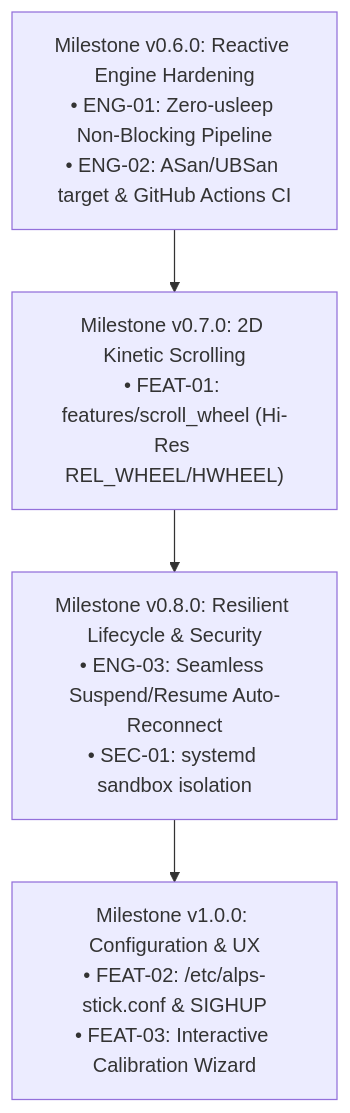
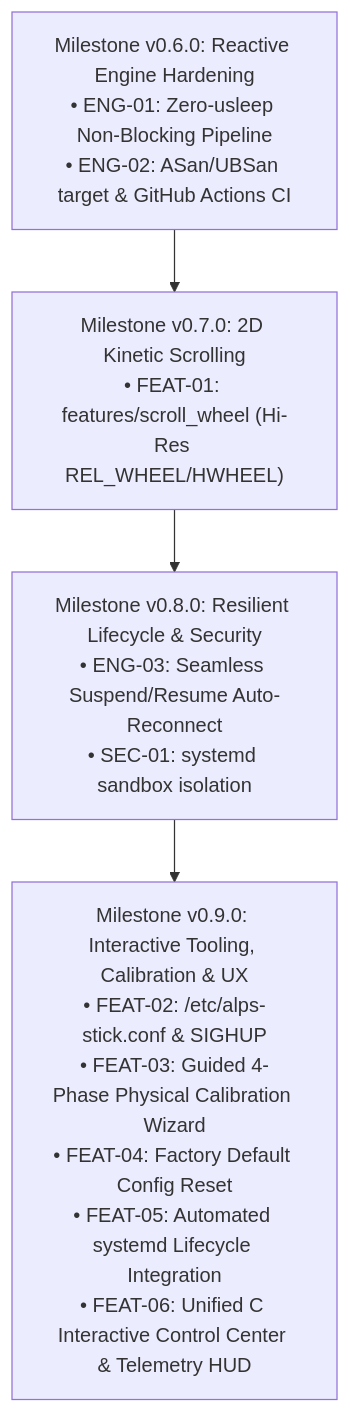
The diagram in docs/ROADMAP.md (pccria/alps-trackstick-daemon), drawn with Mermaid before and after one commit. The commit also changed other lines of this file, not shown here.

Commit message:
docs(roadmap): update milestone v0.9.0 completion status across roadmap matrix

````diff
--- a/docs/ROADMAP.md
+++ b/docs/ROADMAP.md
@@ -57,9 +60,9 @@
 ```mermaid
 flowchart TD
     M1["Milestone v0.6.0: Reactive Engine Hardening<br/>• ENG-01: Zero-usleep Non-Blocking Pipeline<br/>• ENG-02: ASan/UBSan target & GitHub Actions CI"]
     M2["Milestone v0.7.0: 2D Kinetic Scrolling<br/>• FEAT-01: features/scroll_wheel (Hi-Res REL_WHEEL/HWHEEL)"]
     M3["Milestone v0.8.0: Resilient Lifecycle & Security<br/>• ENG-03: Seamless Suspend/Resume Auto-Reconnect<br/>• SEC-01: systemd sandbox isolation"]
-    M4["Milestone v1.0.0: Configuration & UX<br/>• FEAT-02: /etc/alps-stick.conf & SIGHUP<br/>• FEAT-03: Interactive Calibration Wizard"]
+    M4["Milestone v0.9.0: Interactive Tooling, Calibration & UX<br/>• FEAT-02: /etc/alps-stick.conf & SIGHUP<br/>• FEAT-03: Guided 4-Phase Physical Calibration Wizard<br/>• FEAT-04: Factory Default Config Reset<br/>• FEAT-05: Automated systemd Lifecycle Integration<br/>• FEAT-06: Unified C Interactive Control Center & Telemetry HUD"]
 
     M1 --> M2 --> M3 --> M4
 ```
````
